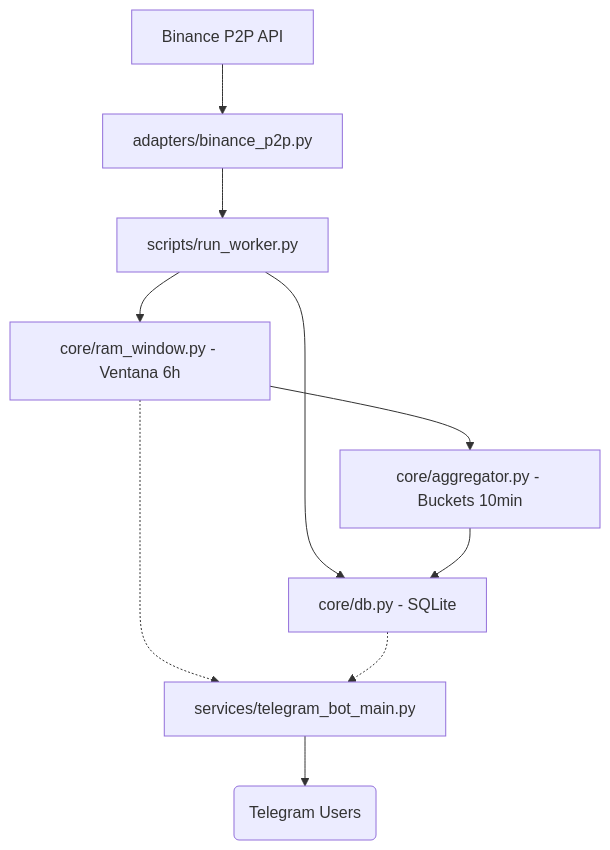
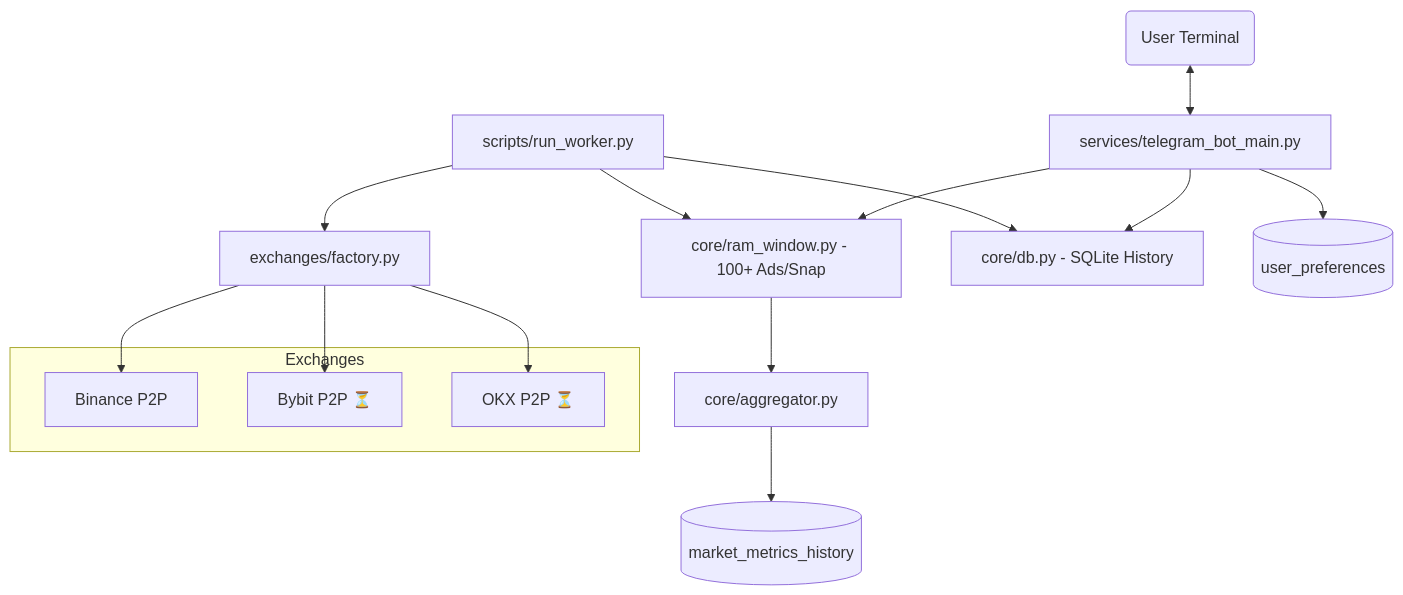
Before and after one commit to Jfin0l/bot_gram: the diagram in README.md, drawn with Mermaid. The commit also changed other lines of this file and 7 other files, not shown here.

````diff
--- a/README.md
+++ b/README.md
@@ -78,13 +46,25 @@
 ```mermaid
 graph TD
-    B[Binance P2P API] --> A[adapters/binance_p2p.py]
-    A --> W[scripts/run_worker.py]
-    W --> RAM[core/ram_window.py - Ventana 6h]
-    W --> DB[core/db.py - SQLite]
-    RAM --> AGG[core/aggregator.py - Buckets 10min]
-    AGG --> DB
+    subgraph Exchanges
+        B[Binance P2P]
+        BY[Bybit P2P ⏳]
+        OK[OKX P2P ⏳]
+    end
+
+    FACT[exchanges/factory.py] --> B
+    FACT --> BY
+    FACT --> OK
+
+    W[scripts/run_worker.py] --> FACT
+    W --> RAM[core/ram_window.py - 100+ Ads/Snap]
+    W --> DB[core/db.py - SQLite History]
     
-    RAM -.-> BOT[services/telegram_bot_main.py]
-    DB -.-> BOT
-    BOT --> TG(Telegram Users)
+    RAM --> AGG[core/aggregator.py]
+    AGG --> METRICS[(market_metrics_history)]
+    
+    BOT[services/telegram_bot_main.py] --> RAM
+    BOT --> DB
+    BOT --> PREFS[(user_preferences)]
+    
+    TG(User Terminal) <--> BOT
 ```
````
